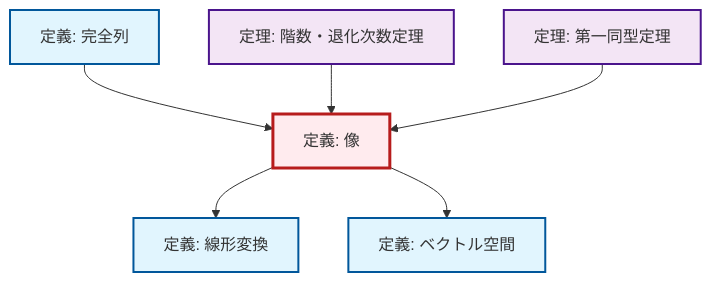
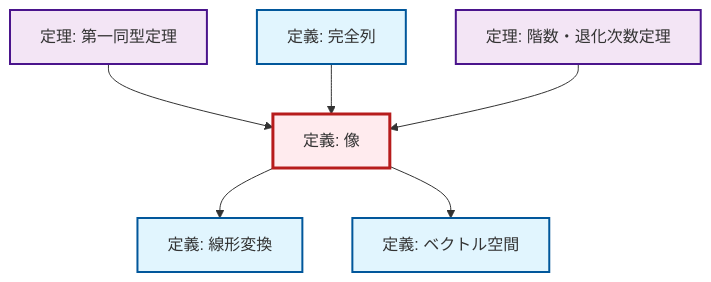
The diagram in content/ja/algebra/def-image.qmd (RK0429/ModernMath), drawn with Mermaid before and after one commit. The commit also changed 672 other files, not shown here.

````diff
--- a/content/ja/algebra/def-image.qmd
+++ b/content/ja/algebra/def-image.qmd
@@ -55,26 +55,26 @@
 ```{mermaid}
-%%| fig-cap: "Local dependency graph"
+%%| fig-cap: "ローカル依存関係グラフ"
 graph TD
     classDef definition fill:#e1f5fe,stroke:#01579b,stroke-width:2px
     classDef theorem fill:#f3e5f5,stroke:#4a148c,stroke-width:2px
     classDef axiom fill:#fff3e0,stroke:#e65100,stroke-width:2px
     classDef example fill:#e8f5e9,stroke:#1b5e20,stroke-width:2px
     classDef current fill:#ffebee,stroke:#b71c1c,stroke-width:3px
+    thm-rank-nullity["定理: 階数・退化次数定理"]:::theorem
+    def-exact-sequence["定義: 完全列"]:::definition
+    def-linear-transformation["定義: 線形変換"]:::definition
+    thm-first-isomorphism["定理: 第一同型定理"]:::theorem
     def-vector-space["定義: ベクトル空間"]:::definition
-    def-linear-transformation["定義: 線形変換"]:::definition
-    thm-rank-nullity["定理: 階数・退化次数定理"]:::theorem
     def-image["定義: 像"]:::definition
-    def-exact-sequence["定義: 完全列"]:::definition
-    thm-first-isomorphism["定理: 第一同型定理"]:::theorem
     def-image --> def-linear-transformation
+    thm-first-isomorphism --> def-image
+    def-image --> def-vector-space
     def-exact-sequence --> def-image
-    def-image --> def-vector-space
     thm-rank-nullity --> def-image
-    thm-first-isomorphism --> def-image
     class def-image current
-    click def-vector-space "def-vector-space.html" "ベクトル空間の定義へ"
-    click def-linear-transformation "def-linear-transformation.html" "線形変換の定義へ"
     click thm-rank-nullity "thm-rank-nullity.html" "階数・退化次数定理の定理へ"
     click def-exact-sequence "def-exact-sequence.html" "完全列の定義へ"
+    click def-linear-transformation "def-linear-transformation.html" "線形変換の定義へ"
     click thm-first-isomorphism "thm-first-isomorphism.html" "第一同型定理の定理へ"
+    click def-vector-space "def-vector-space.html" "ベクトル空間の定義へ"
 ```
````
